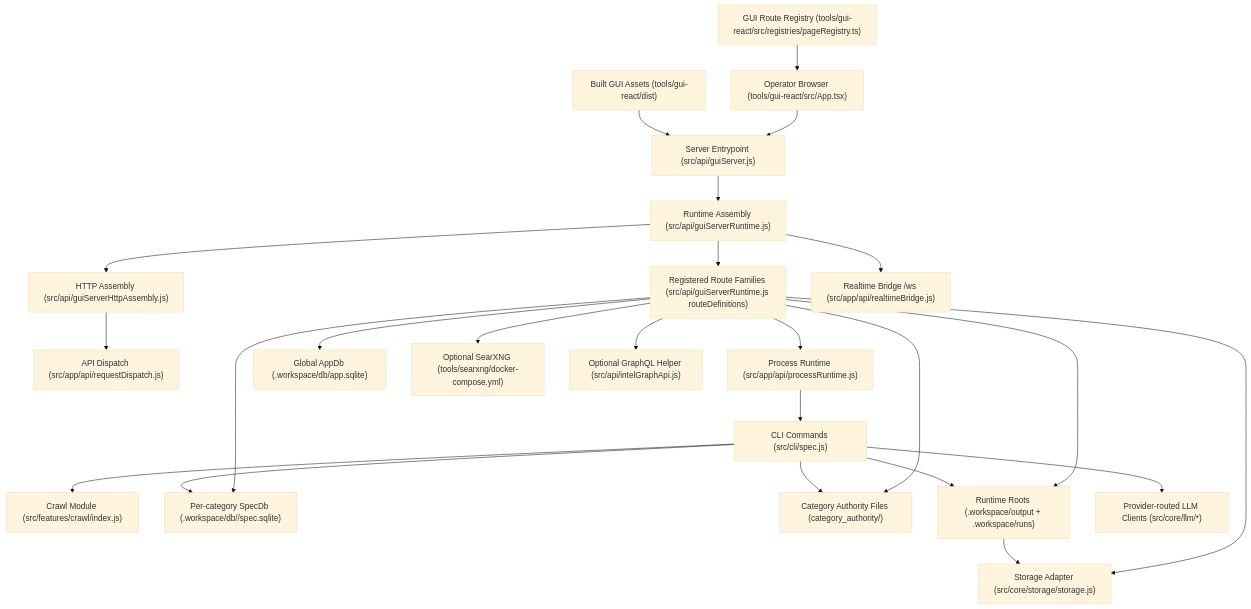
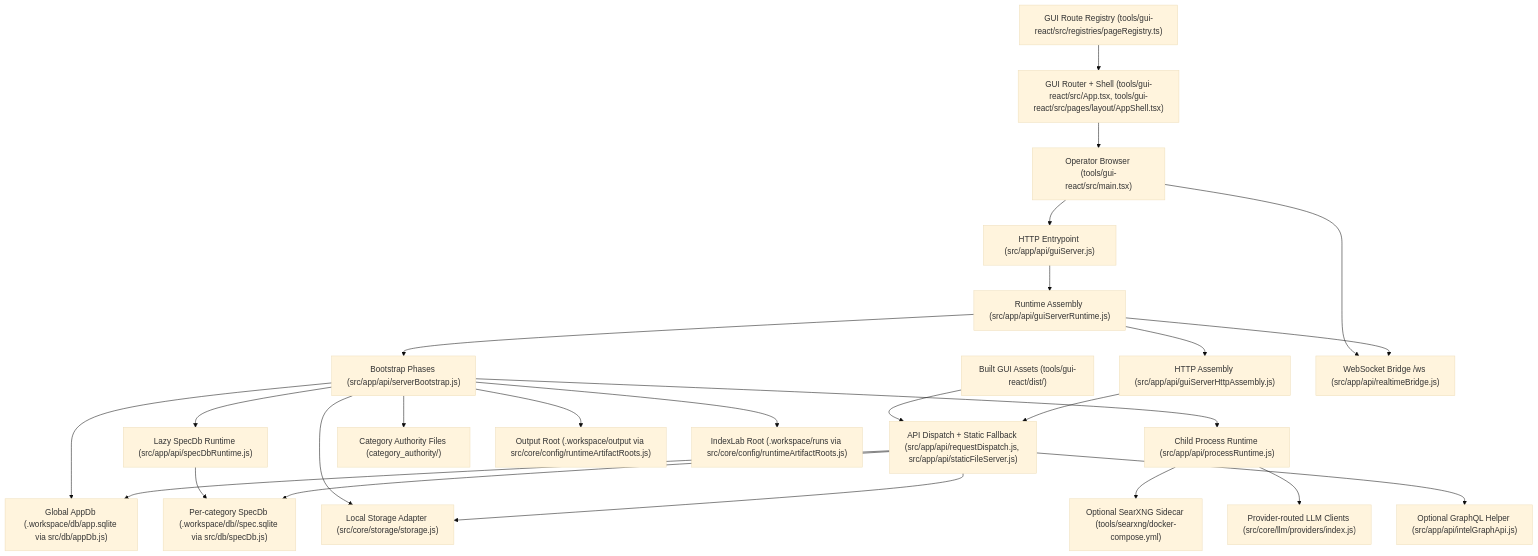
The diagram in docs/03-architecture/system-map.md (CdubVentures/Spec-Factory), drawn with Mermaid (base theme) before and after one commit. The commit also changed other lines of this file and 217 other files, not shown here.

````diff
--- a/docs/03-architecture/system-map.md
+++ b/docs/03-architecture/system-map.md
@@ -7,47 +9,49 @@
 ```mermaid
 graph TD
-  Browser["Operator Browser (tools/gui-react/src/App.tsx)"]
-  Registry["GUI Route Registry (tools/gui-react/src/registries/pageRegistry.ts)"]
-  GuiBuild["Built GUI Assets (tools/gui-react/dist)"]
-  Entry["Server Entrypoint (src/api/guiServer.js)"]
-  Runtime["Runtime Assembly (src/api/guiServerRuntime.js)"]
-  Http["HTTP Assembly (src/api/guiServerHttpAssembly.js)"]
-  Dispatch["API Dispatch (src/app/api/requestDispatch.js)"]
-  Routes["Registered Route Families (src/api/guiServerRuntime.js routeDefinitions)"]
-  Realtime["Realtime Bridge /ws (src/app/api/realtimeBridge.js)"]
-  Proc["Process Runtime (src/app/api/processRuntime.js)"]
-  Cli["CLI Commands (src/cli/spec.js)"]
-  Crawl["Crawl Module (src/features/crawl/index.js)"]
-  AppDb["Global AppDb (.workspace/db/app.sqlite)"]
-  SpecDb["Per-category SpecDb (.workspace/db/<category>/spec.sqlite)"]
+  Browser["Operator Browser (tools/gui-react/src/main.tsx)"]
+  Gui["GUI Router + Shell (tools/gui-react/src/App.tsx, tools/gui-react/src/pages/layout/AppShell.tsx)"]
+  Pages["GUI Route Registry (tools/gui-react/src/registries/pageRegistry.ts)"]
+  Assets["Built GUI Assets (tools/gui-react/dist/)"]
+  Entry["HTTP Entrypoint (src/app/api/guiServer.js)"]
+  Runtime["Runtime Assembly (src/app/api/guiServerRuntime.js)"]
+  Bootstrap["Bootstrap Phases (src/app/api/serverBootstrap.js)"]
+  HttpAssembly["HTTP Assembly (src/app/api/guiServerHttpAssembly.js)"]
+  Dispatch["API Dispatch + Static Fallback (src/app/api/requestDispatch.js, src/app/api/staticFileServer.js)"]
+  Ws["WebSocket Bridge /ws (src/app/api/realtimeBridge.js)"]
+  Proc["Child Process Runtime (src/app/api/processRuntime.js)"]
+  AppDb["Global AppDb (.workspace/db/app.sqlite via src/db/appDb.js)"]
+  SpecRuntime["Lazy SpecDb Runtime (src/app/api/specDbRuntime.js)"]
+  SpecDb["Per-category SpecDb (.workspace/db/<category>/spec.sqlite via src/db/specDb.js)"]
   Authority["Category Authority Files (category_authority/)"]
-  Workspace["Runtime Roots (.workspace/output + .workspace/runs)"]
-  Storage["Storage Adapter (src/core/storage/storage.js)"]
-  Searxng["Optional SearXNG (tools/searxng/docker-compose.yml)"]
-  Graphql["Optional GraphQL Helper (src/api/intelGraphApi.js)"]
-  Llm["Provider-routed LLM Clients (src/core/llm/*)"]
+  Output["Output Root (.workspace/output via src/core/config/runtimeArtifactRoots.js)"]
+  IndexLab["IndexLab Root (.workspace/runs via src/core/config/runtimeArtifactRoots.js)"]
+  Storage["Local Storage Adapter (src/core/storage/storage.js)"]
+  Graphql["Optional GraphQL Helper (src/app/api/intelGraphApi.js)"]
+  Searxng["Optional SearXNG Sidecar (tools/searxng/docker-compose.yml)"]
+  Llm["Provider-routed LLM Clients (src/core/llm/providers/index.js)"]
 
   Browser --> Entry
-  Registry --> Browser
-  GuiBuild --> Entry
+  Browser --> Ws
+  Pages --> Gui
+  Gui --> Browser
+  Assets --> Dispatch
   Entry --> Runtime
-  Runtime --> Http
-  Http --> Dispatch
-  Runtime --> Routes
-  Runtime --> Realtime
-  Routes --> AppDb
-  Routes --> SpecDb
-  Routes --> Authority
-  Routes --> Workspace
-  Routes --> Proc
-  Routes --> Storage
-  Routes --> Searxng
-  Routes --> Graphql
-  Proc --> Cli
-  Cli --> Crawl
-  Cli --> SpecDb
-  Cli --> Authority
-  Cli --> Workspace
-  Cli --> Llm
-  Workspace --> Storage
+  Runtime --> Bootstrap
+  Runtime --> HttpAssembly
+  HttpAssembly --> Dispatch
+  Runtime --> Ws
+  Bootstrap --> AppDb
+  Bootstrap --> SpecRuntime
+  SpecRuntime --> SpecDb
+  Bootstrap --> Authority
+  Bootstrap --> Output
+  Bootstrap --> IndexLab
+  Bootstrap --> Storage
+  Bootstrap --> Proc
+  Dispatch --> AppDb
+  Dispatch --> SpecDb
+  Dispatch --> Storage
+  Dispatch --> Graphql
+  Proc --> Searxng
+  Proc --> Llm
 ```
````
